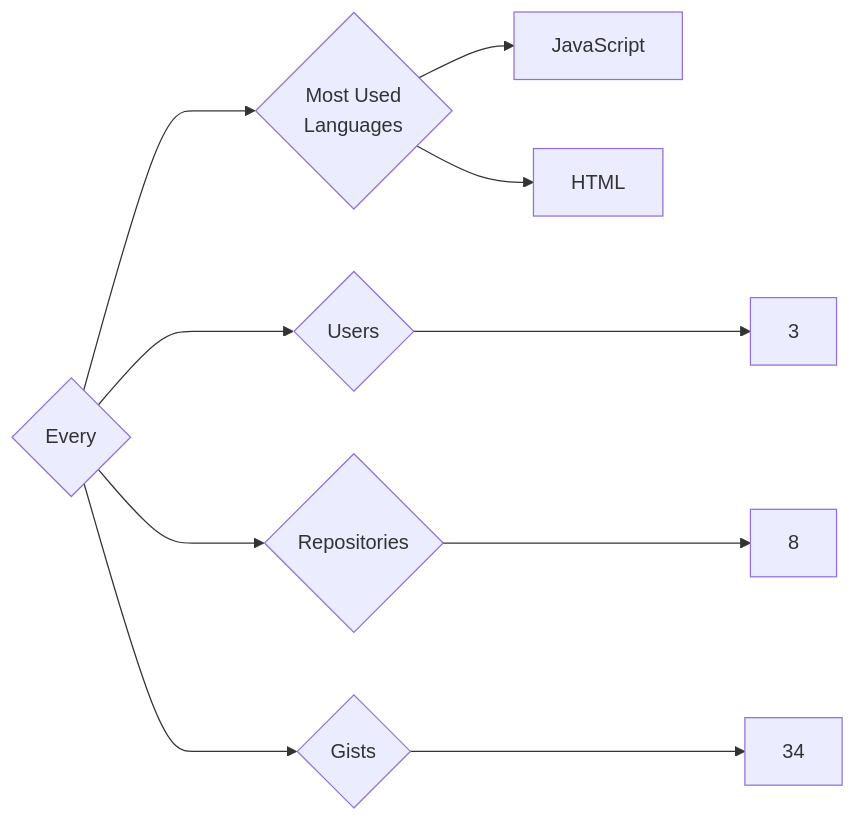
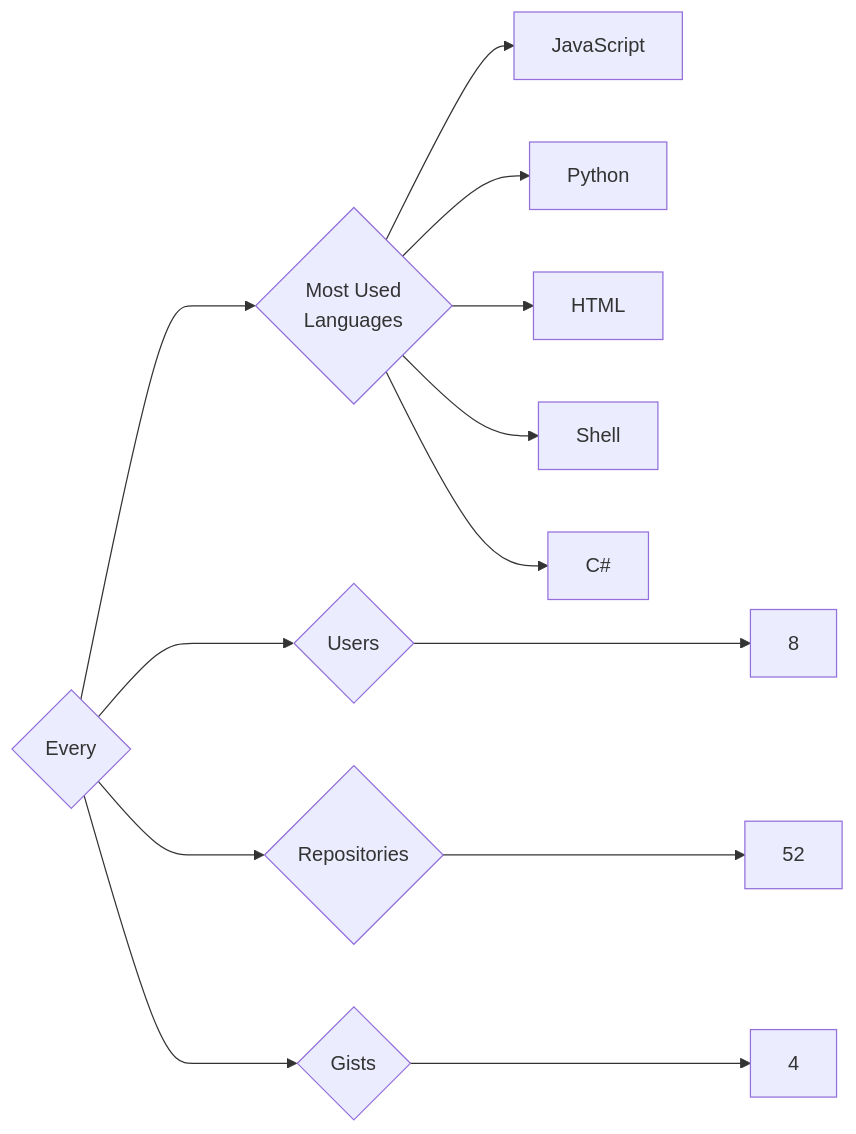
The diagram in targets/Every/README.md (trickest/insiders), drawn with Mermaid before and after one commit. The commit also changed 1120 other files, not shown here.

````diff
--- a/targets/Every/README.md
+++ b/targets/Every/README.md
@@ -3,10 +3,13 @@
 ```mermaid
 graph LR
 COMPANY_NAME{Every}
-COMPANY_NAME ---> U{Users} ---> UN[3]
-COMPANY_NAME ---> R{Repositories} ---> RN[8]
-COMPANY_NAME ---> G{Gists} ---> GN[34]
+COMPANY_NAME ---> U{Users} ---> UN[8]
+COMPANY_NAME ---> R{Repositories} ---> RN[52]
+COMPANY_NAME ---> G{Gists} ---> GN[4]
 COMPANY_NAME ---> ML{Most Used<br>Languages}
 ML --> JavaScript[JavaScript]
+ML --> Python[Python]
 ML --> HTML[HTML]
+ML --> Shell[Shell]
+ML --> C#[C#]
 ```
````
